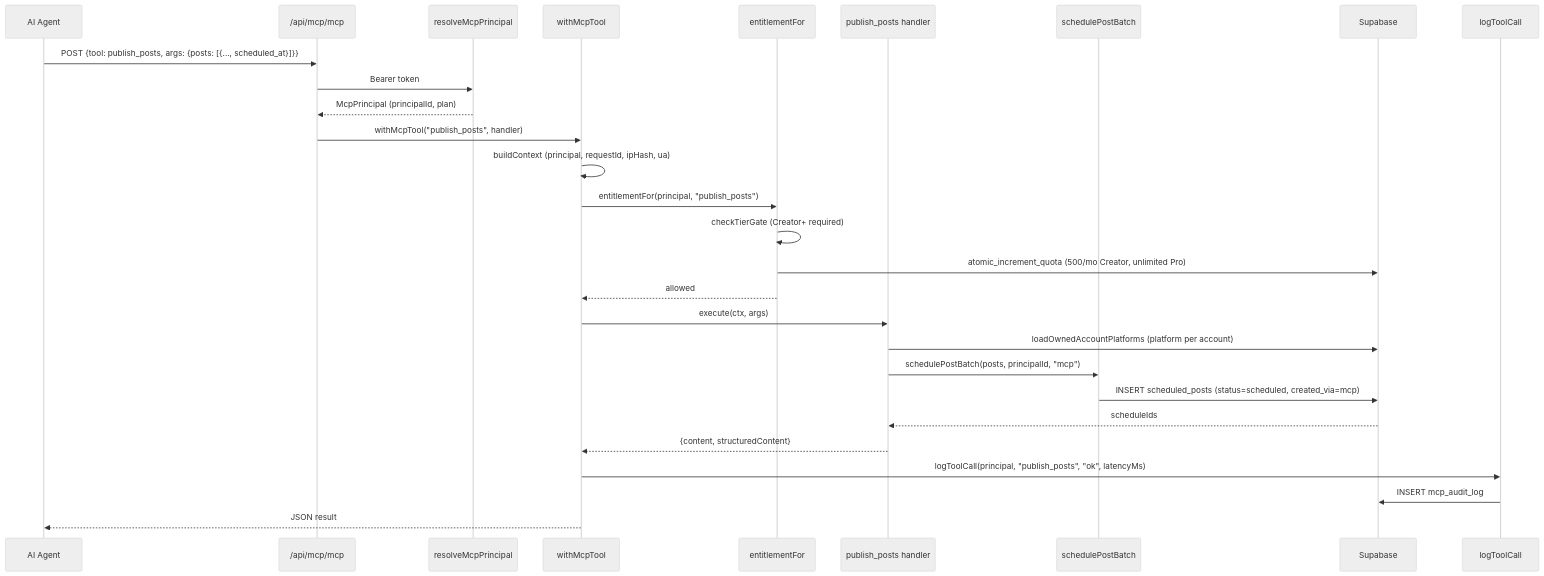
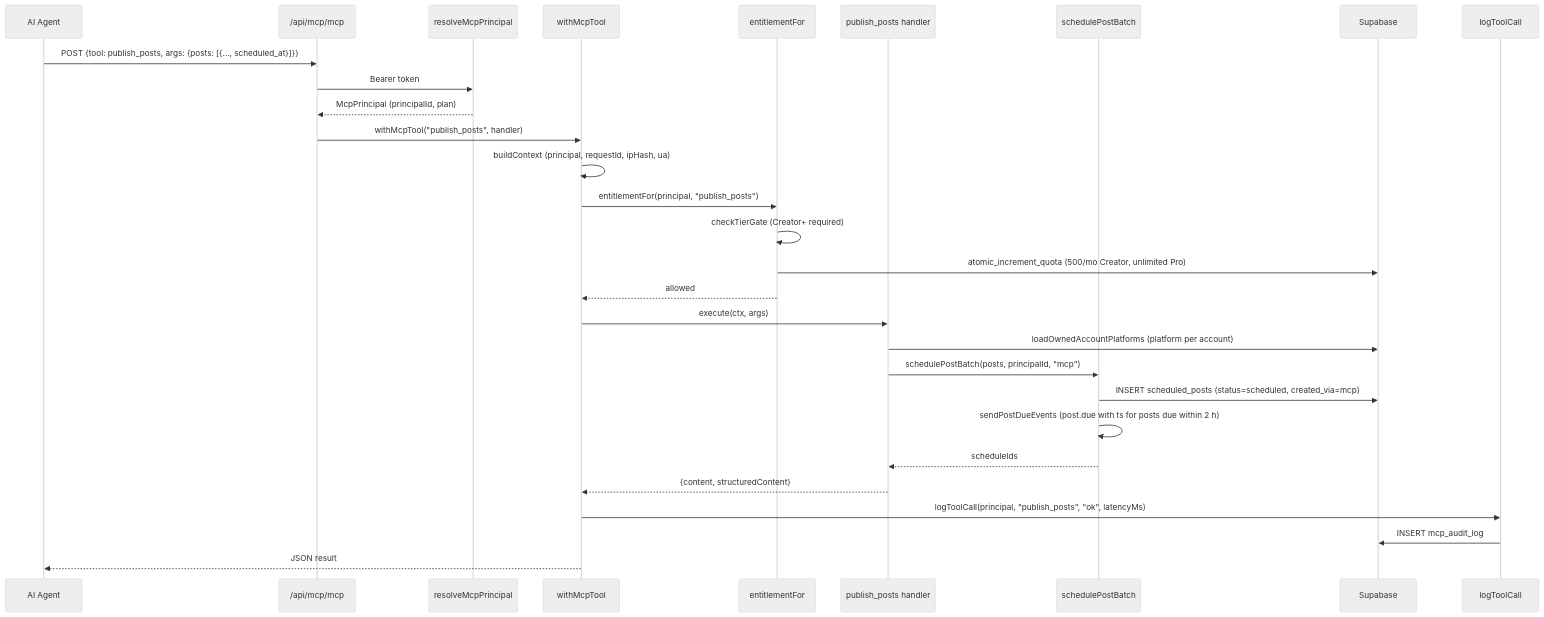
One commit to Andy00L/sharetopus changed the third of 8 diagrams in docs/ARCHITECTURE.md. Above: the diagram before and after it, drawn with Mermaid (neutral theme). The commit also changed other lines of this file and 15 other files, not shown here.

````diff
--- a/docs/ARCHITECTURE.md
+++ b/docs/ARCHITECTURE.md
@@ -326,31 +280,32 @@
 ```mermaid
 sequenceDiagram
     participant Agent as AI Agent
     participant MCP as /api/mcp/mcp
     participant Auth as resolveMcpPrincipal
     participant HOF as withMcpTool
     participant Entitle as entitlementFor
     participant Tool as publish_posts handler
     participant Batch as schedulePostBatch
     participant DB as Supabase
     participant Audit as logToolCall
 
     Agent->>MCP: POST {tool: publish_posts, args: {posts: [{..., scheduled_at}]}}
     MCP->>Auth: Bearer token
     Auth-->>MCP: McpPrincipal (principalId, plan)
     MCP->>HOF: withMcpTool("publish_posts", handler)
     HOF->>HOF: buildContext (principal, requestId, ipHash, ua)
     HOF->>Entitle: entitlementFor(principal, "publish_posts")
     Entitle->>Entitle: checkTierGate (Creator+ required)
     Entitle->>DB: atomic_increment_quota (500/mo Creator, unlimited Pro)
     Entitle-->>HOF: allowed
     HOF->>Tool: execute(ctx, args)
     Tool->>DB: loadOwnedAccountPlatforms (platform per account)
     Tool->>Batch: schedulePostBatch(posts, principalId, "mcp")
     Batch->>DB: INSERT scheduled_posts (status=scheduled, created_via=mcp)
-    DB-->>Tool: scheduleIds
+    Batch->>Batch: sendPostDueEvents (post.due with ts for posts due within 2 h)
+    Batch-->>Tool: scheduleIds
     Tool-->>HOF: {content, structuredContent}
     HOF->>Audit: logToolCall(principal, "publish_posts", "ok", latencyMs)
     Audit->>DB: INSERT mcp_audit_log
     HOF-->>Agent: JSON result
 ```
````
